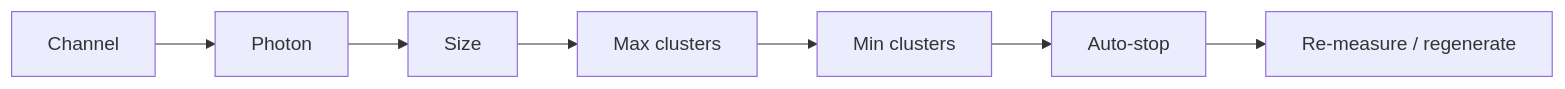
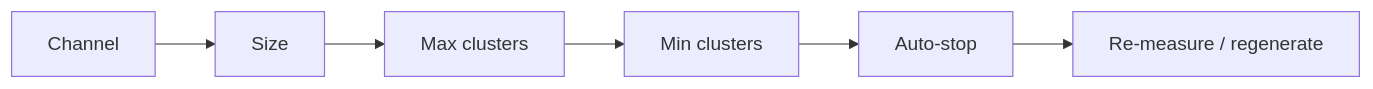
Before and after one commit to thiaga-gk/expert-funicular: diagram 13 of 20 in docs/architecture/context.md, drawn with Mermaid. The commit also changed 3 other files, not shown here.

````diff
--- a/docs/architecture/context.md
+++ b/docs/architecture/context.md
@@ -730,9 +730,8 @@
 ```mermaid
 flowchart LR
-    CH[Channel] --> PH[Photon]
-    PH --> SZ[Size]
+    CH[Channel] --> SZ[Size]
     SZ --> MX[Max clusters]
     MX --> MN[Min clusters]
     MN --> AS[Auto-stop]
     AS --> RM[Re-measure / regenerate]
 ```
````
